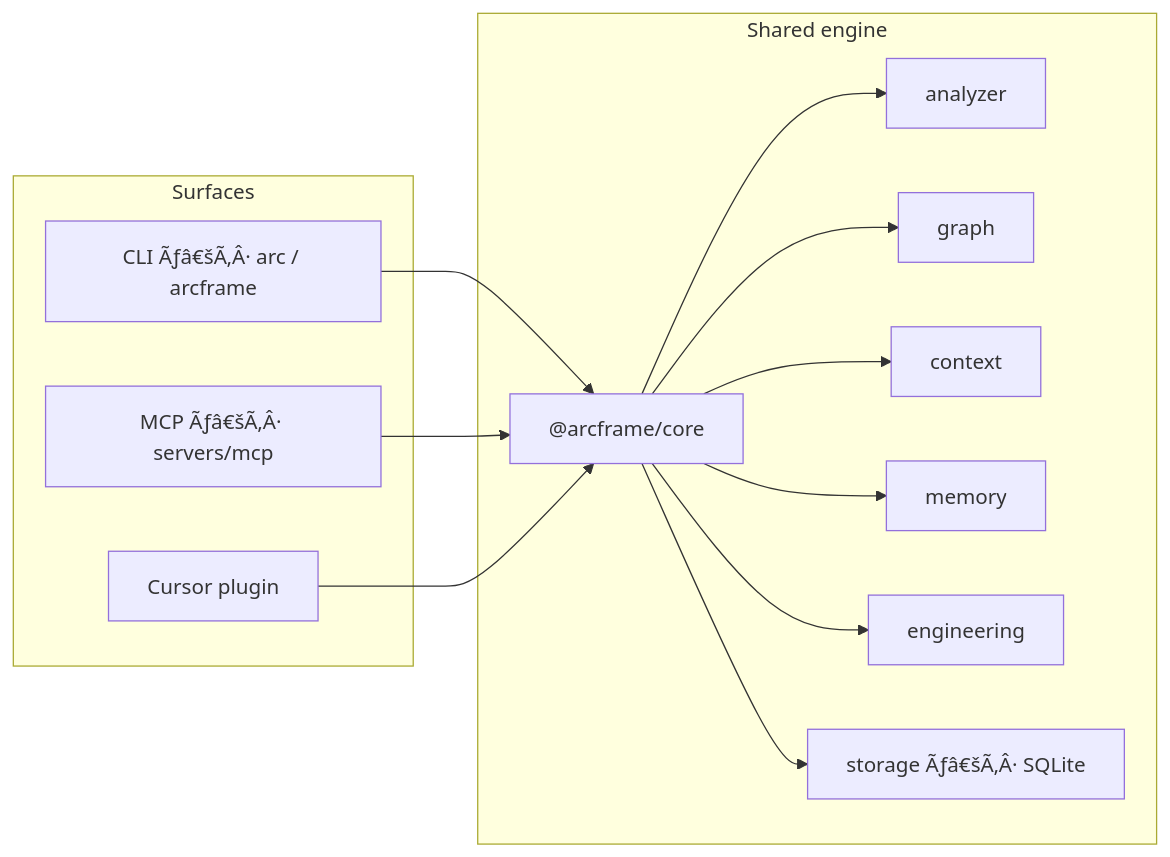
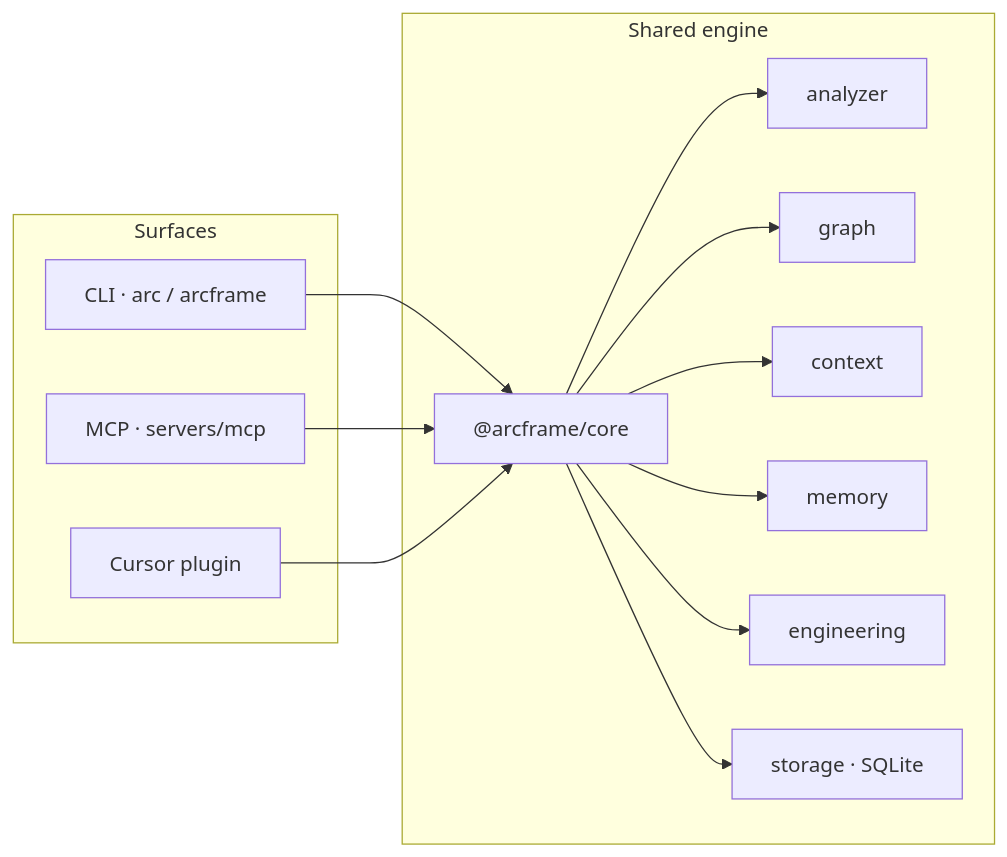
One commit to theworker02/arcframe changed the diagram in README.md. Above: the diagram before and after it, drawn with Mermaid. The commit also changed other lines of this file and 1 other file, not shown here.

````diff
--- a/README.md
+++ b/README.md
@@ -47,21 +57,21 @@
 ```mermaid
 flowchart LR
   subgraph Surfaces
-    CLI["CLI Ãƒâ€šÃ‚Â· arc / arcframe"]
-    MCP["MCP Ãƒâ€šÃ‚Â· servers/mcp"]
+    CLI["CLI · arc / arcframe"]
+    MCP["MCP · servers/mcp"]
     Plugin["Cursor plugin"]
   end
   subgraph Engine["Shared engine"]
     Core["@arcframe/core"]
     Analyzer["analyzer"]
     Graph["graph"]
     Context["context"]
     Memory["memory"]
     Eng["engineering"]
-    Store["storage Ãƒâ€šÃ‚Â· SQLite"]
+    Store["storage · SQLite"]
   end
   CLI --> Core
   MCP --> Core
   Plugin --> Core
   Core --> Analyzer & Graph & Context & Memory & Eng & Store
 ```
````
